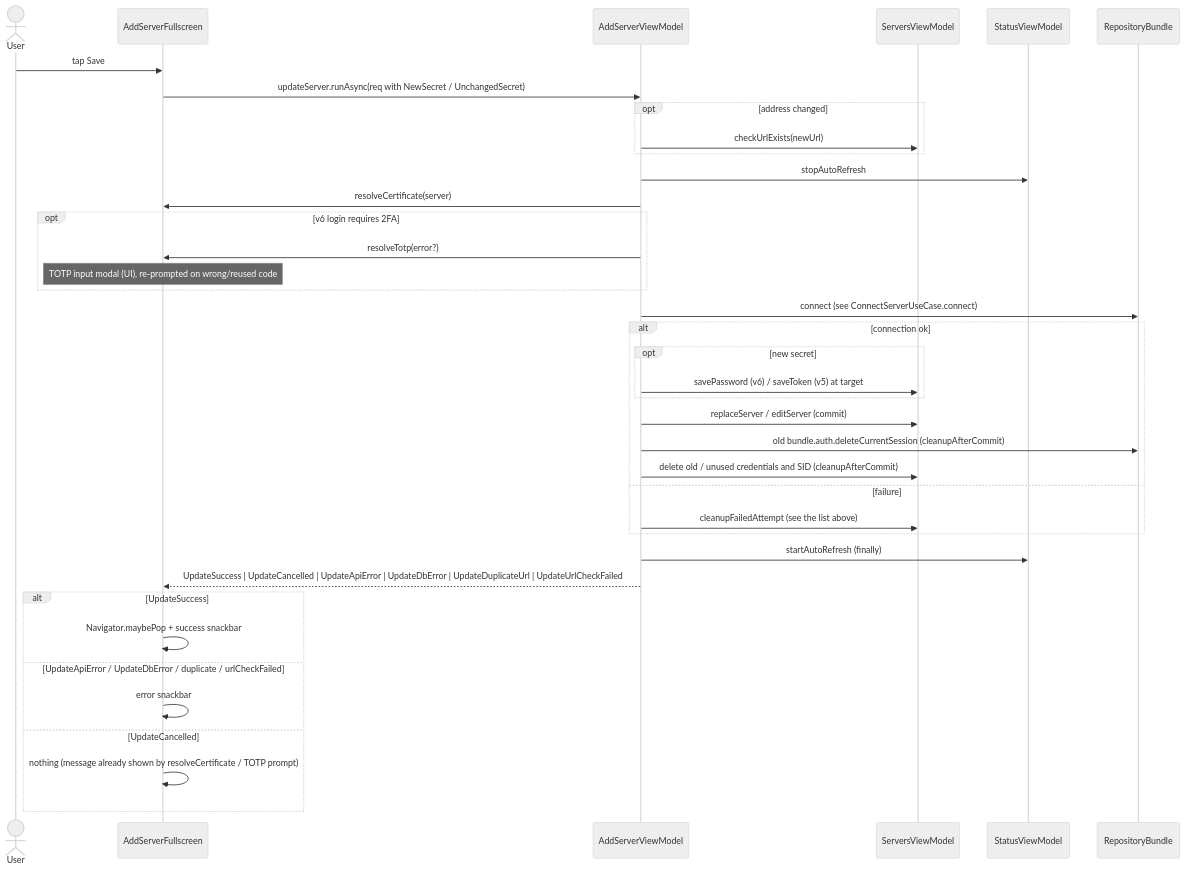
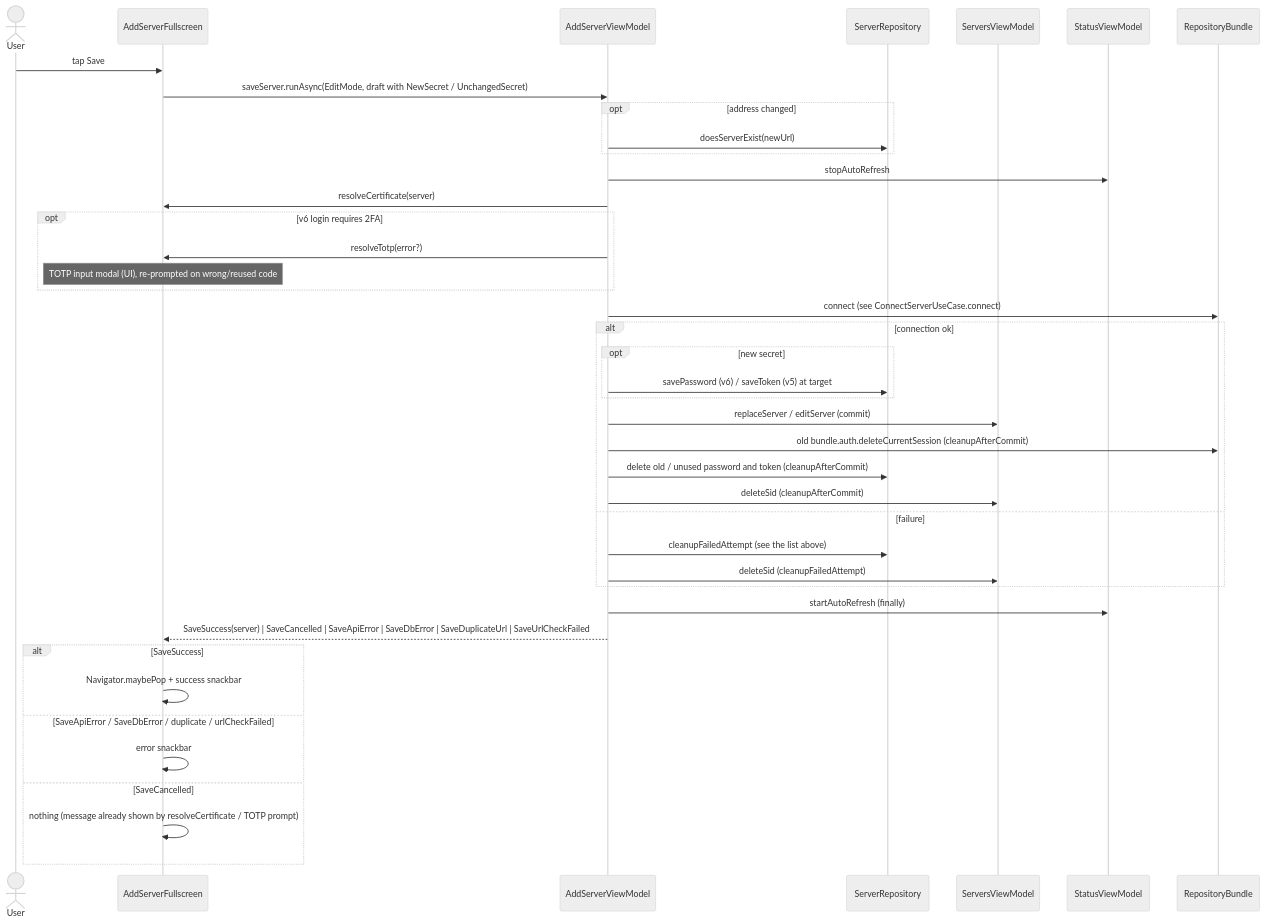
One commit to tsutsu3/pi-hole-client changed the eighth of 8 diagrams in docs/server-connection-flow.md. Above: the diagram before and after it, drawn with Mermaid (neutral theme). The commit also changed other lines of this file and 11 other files, not shown here.

````diff
--- a/docs/server-connection-flow.md
+++ b/docs/server-connection-flow.md
@@ -307,41 +309,44 @@
 ```mermaid
 sequenceDiagram
   actor U as User
   participant W as AddServerFullscreen
   participant VM as AddServerViewModel
+  participant SR as ServerRepository
   participant SV as ServersViewModel
   participant ST as StatusViewModel
   participant B as RepositoryBundle
 
   U->>W: tap Save
-  W->>VM: updateServer.runAsync(req with NewSecret / UnchangedSecret)
+  W->>VM: saveServer.runAsync(EditMode, draft with NewSecret / UnchangedSecret)
   opt address changed
-    VM->>SV: checkUrlExists(newUrl)
+    VM->>SR: doesServerExist(newUrl)
   end
   VM->>ST: stopAutoRefresh
   VM->>W: resolveCertificate(server)
   opt v6 login requires 2FA
     VM->>W: resolveTotp(error?)
     Note over W: TOTP input modal (UI), re-prompted on wrong/reused code
   end
   VM->>B: connect (see ConnectServerUseCase.connect)
   alt connection ok
     opt new secret
-      VM->>SV: savePassword (v6) / saveToken (v5) at target
+      VM->>SR: savePassword (v6) / saveToken (v5) at target
     end
     VM->>SV: replaceServer / editServer (commit)
     VM->>B: old bundle.auth.deleteCurrentSession (cleanupAfterCommit)
-    VM->>SV: delete old / unused credentials and SID (cleanupAfterCommit)
+    VM->>SR: delete old / unused password and token (cleanupAfterCommit)
+    VM->>SV: deleteSid (cleanupAfterCommit)
   else failure
-    VM->>SV: cleanupFailedAttempt (see the list above)
+    VM->>SR: cleanupFailedAttempt (see the list above)
+    VM->>SV: deleteSid (cleanupFailedAttempt)
   end
   VM->>ST: startAutoRefresh (finally)
-  VM-->>W: UpdateSuccess | UpdateCancelled | UpdateApiError | UpdateDbError | UpdateDuplicateUrl | UpdateUrlCheckFailed
-  alt UpdateSuccess
+  VM-->>W: SaveSuccess(server) | SaveCancelled | SaveApiError | SaveDbError | SaveDuplicateUrl | SaveUrlCheckFailed
+  alt SaveSuccess
     W->>W: Navigator.maybePop + success snackbar
-  else UpdateApiError / UpdateDbError / duplicate / urlCheckFailed
+  else SaveApiError / SaveDbError / duplicate / urlCheckFailed
     W->>W: error snackbar
-  else UpdateCancelled
+  else SaveCancelled
     W->>W: nothing (message already shown by resolveCertificate / TOTP prompt)
   end
 ```
````
